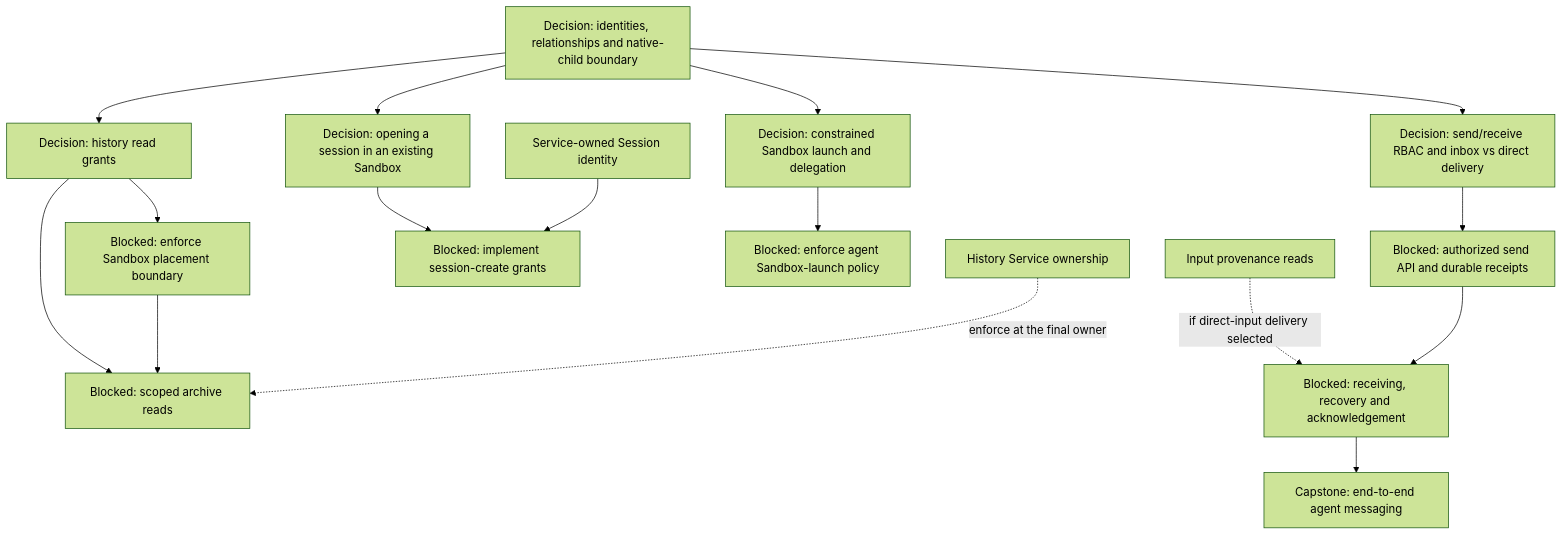
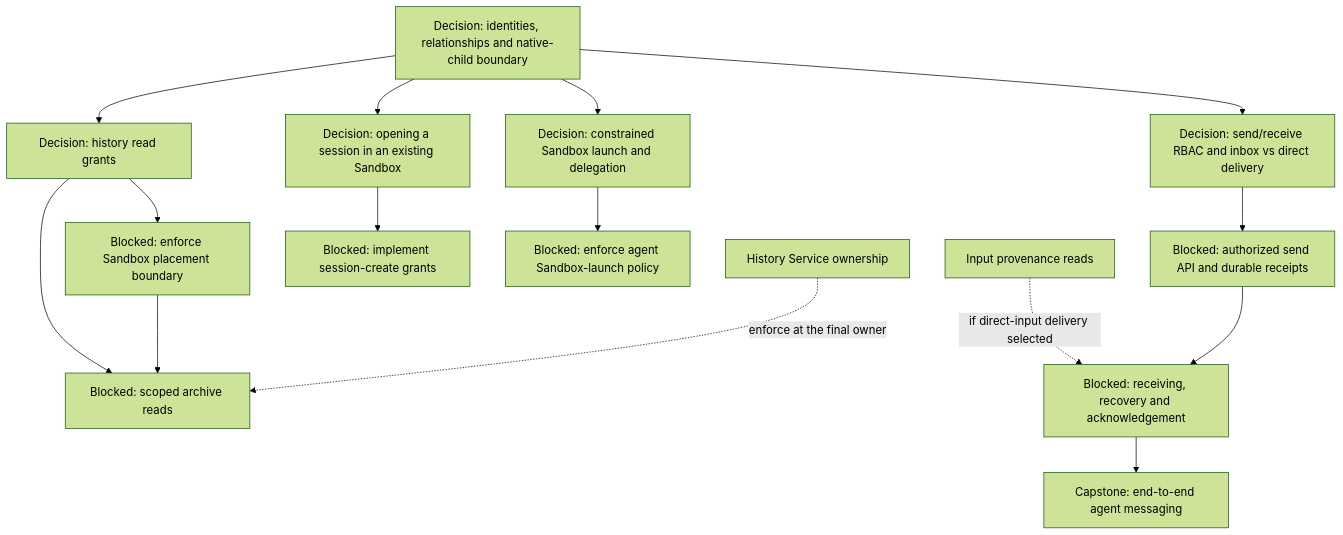
Before and after one commit to agentydragon-agent/ducktape: the fifth of 10 diagrams in agentplane/plans/task_dag.md, drawn with Mermaid (forest theme). The commit also changed other lines of this file and 11 other files, not shown here.

````diff
--- a/agentplane/plans/task_dag.md
+++ b/agentplane/plans/task_dag.md
@@ -232,30 +222,29 @@
 ```mermaid
 flowchart TD
     MULTIAGENT_MODEL[Decision: identities, relationships and native-child boundary]
     THREAD_READ_POLICY_DESIGN[Decision: history read grants]
     SANDBOX_COMPARTMENT_BOUNDARY[Blocked: enforce Sandbox placement boundary]
     THREAD_READ_POLICY[Blocked: scoped archive reads]
     AGENT_MESSAGING_DESIGN[Decision: send/receive RBAC and inbox vs direct delivery]
     AGENT_MESSAGE_INGRESS[Blocked: authorized send API and durable receipts]
     AGENT_MESSAGE_RECEPTION[Blocked: receiving, recovery and acknowledgement]
     AGENT_MESSAGING[Capstone: end-to-end agent messaging]
     THREAD_CREATE_POLICY[Decision: opening a session in an existing Sandbox]
     THREAD_CREATE_AUTHORIZATION[Blocked: implement session-create grants]
     AGENT_LAUNCH_POLICY_DESIGN[Decision: constrained Sandbox launch and delegation]
     AGENT_SANDBOX_LAUNCH[Blocked: enforce agent Sandbox-launch policy]
     MULTIAGENT_MODEL --> THREAD_READ_POLICY_DESIGN
     MULTIAGENT_MODEL --> AGENT_MESSAGING_DESIGN
     MULTIAGENT_MODEL --> THREAD_CREATE_POLICY
     MULTIAGENT_MODEL --> AGENT_LAUNCH_POLICY_DESIGN
     THREAD_READ_POLICY_DESIGN --> SANDBOX_COMPARTMENT_BOUNDARY
     THREAD_READ_POLICY_DESIGN --> THREAD_READ_POLICY
     SANDBOX_COMPARTMENT_BOUNDARY --> THREAD_READ_POLICY
     HISTORY_SERVICE_OWNERSHIP[History Service ownership] -. enforce at the final owner .-> THREAD_READ_POLICY
     AGENT_MESSAGING_DESIGN --> AGENT_MESSAGE_INGRESS
     SESSION_INPUT_METADATA_READ[Input provenance reads] -. if direct-input delivery selected .-> AGENT_MESSAGE_RECEPTION
     AGENT_MESSAGE_INGRESS --> AGENT_MESSAGE_RECEPTION
     AGENT_MESSAGE_RECEPTION --> AGENT_MESSAGING
     THREAD_CREATE_POLICY --> THREAD_CREATE_AUTHORIZATION
-    THREAD_IDENTITY_NEW[Service-owned Session identity] --> THREAD_CREATE_AUTHORIZATION
     AGENT_LAUNCH_POLICY_DESIGN --> AGENT_SANDBOX_LAUNCH
 ```
````
